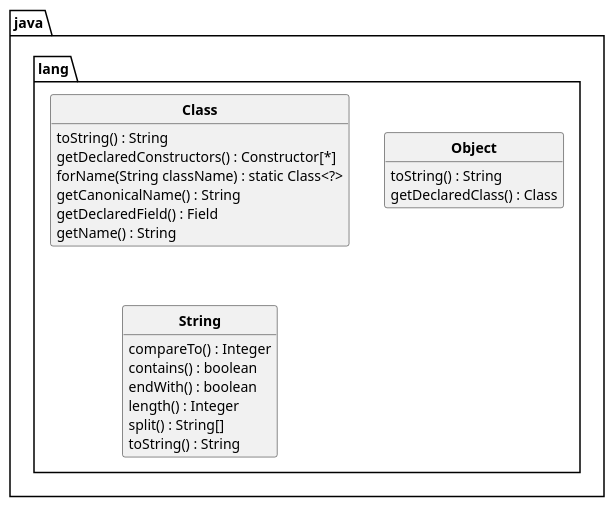
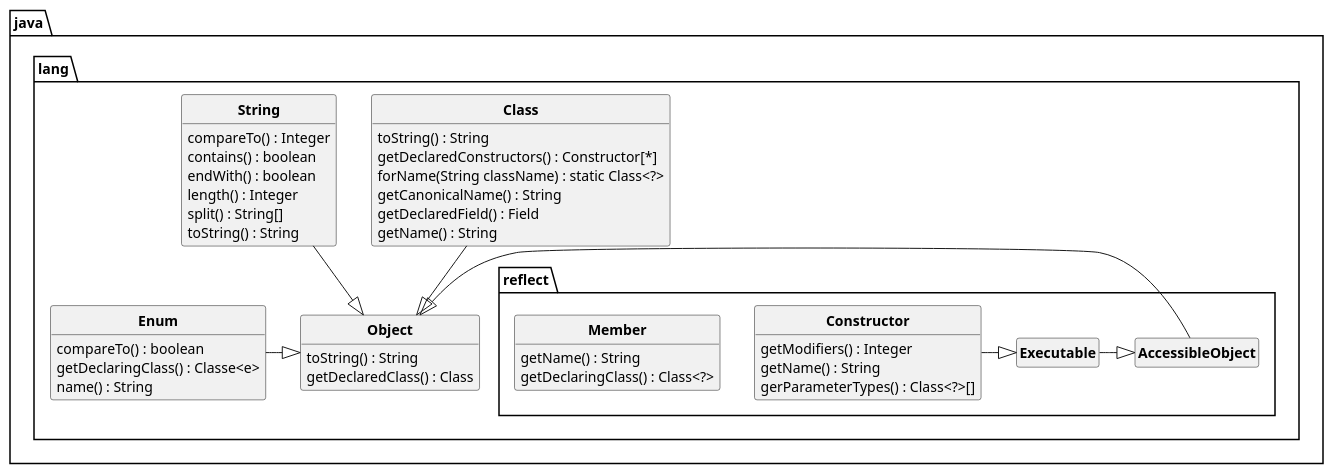
One commit to D3B1RUM4N/SAE_P21 changed the diagram in semaine1/S1_P21/UML/DC_API.puml. Above: the diagram before and after it, drawn with PlantUML.

Commit message:
8 class les autres en ont 9

```diff
--- a/semaine1/S1_P21/UML/DC_API.puml
+++ b/semaine1/S1_P21/UML/DC_API.puml
@@ -1,62 +1,105 @@
 @startuml
 'https://plantuml.com/class-diagram
 
 skinparam style strictuml
 skinparam classAttributeIconSize 0
 skinparam classFontStyle Bold
 hide empty members
 
 package java.lang
 {
+    class Object
+    {
+        toString() : String
+        getDeclaredClass() : Class
+    }
+
     class Class
     {
         toString() : String
         getDeclaredConstructors() : Constructor[*]
         forName(String className) : static Class<?>
         getCanonicalName() : String
         getDeclaredField() : Field
         getName() : String
         '   contien le package en plus
-    }
 
-    class Object
-    {
-        toString() : String
-        getDeclaredClass() : Class
     }
 
     class String
     {
         compareTo() : Integer
         contains() : boolean
         endWith() : boolean
         length() : Integer
         split() : String[]
         toString() : String
     }
+
+    class Enum
+    {
+        compareTo() : boolean
+        getDeclaringClass() : Classe<e>
+        name() : String
+    }
+
+    package reflect
+    {
+        class Member
+        {
+            getName() : String
+            getDeclaringClass() : Class<?>
+        }
+
+        class AccessibleObject
+        {
+            'getAnnotations() : Annotation[*]
+            'getDeclaredAnnotations() : Annotation[*]
+        }
+
+        class Executable
+        {
+            'getDeclaredAnnotations() : Annotation[*]
+        }
+
+        class Constructor
+        {
+            getModifiers() : Integer
+            getName() : String
+            gerParameterTypes() : Class<?>[]
+        }
+    }
 }
+
+Class --|> Object
+String --|> Object
+Enum -|> Object
+
+AccessibleObject -|> Object
+Executable -|> AccessibleObject
+Constructor -|> Executable
 
 /'abstract class AbstractList
 abstract AbstractCollection
 interface List
 interface Collection
 
 List <|-- AbstractList
 Collection <|-- AbstractCollection
 
 Collection <|- List
 AbstractCollection <|- AbstractList
 AbstractList <|-- ArrayList
 
 class ArrayList {
 Object[] elementData
 size()
 }
 
 enum TimeUnit {
 DAYS
 HOURS
 MINUTES
 }'/
 
 @enduml
```
